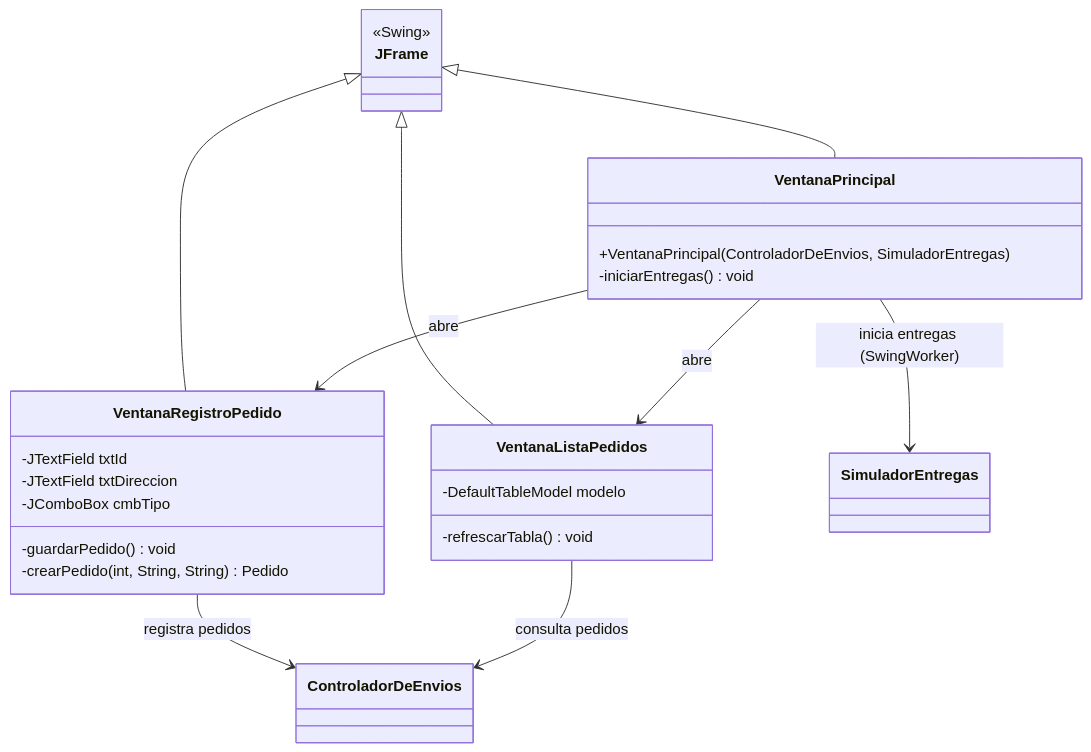
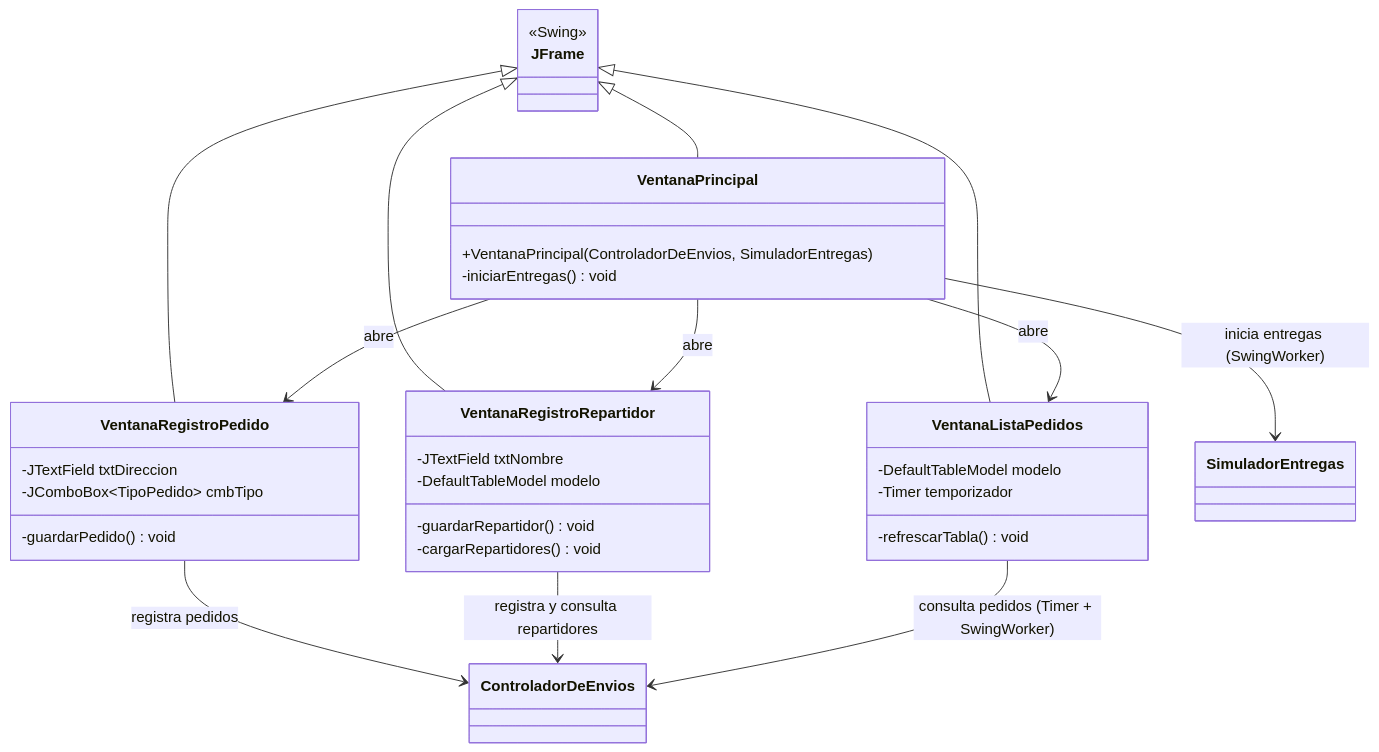
One commit to sara-rioseco/speedfast changed the second of 4 diagrams in README.md. Above: the diagram before and after it, drawn with Mermaid. The commit also changed other lines of this file and 22 other files, not shown here.

````diff
--- a/README.md
+++ b/README.md
@@ -231,30 +276,38 @@
 ```mermaid
 classDiagram
     class JFrame {
         <<Swing>>
     }
     class VentanaPrincipal {
         +VentanaPrincipal(ControladorDeEnvios, SimuladorEntregas)
         -iniciarEntregas() void
     }
     class VentanaRegistroPedido {
-        -JTextField txtId
         -JTextField txtDireccion
-        -JComboBox cmbTipo
+        -JComboBox~TipoPedido~ cmbTipo
         -guardarPedido() void
-        -crearPedido(int, String, String) Pedido
+    }
+    class VentanaRegistroRepartidor {
+        -JTextField txtNombre
+        -DefaultTableModel modelo
+        -guardarRepartidor() void
+        -cargarRepartidores() void
     }
     class VentanaListaPedidos {
         -DefaultTableModel modelo
+        -Timer temporizador
         -refrescarTabla() void
     }
 
     JFrame <|-- VentanaPrincipal
     JFrame <|-- VentanaRegistroPedido
+    JFrame <|-- VentanaRegistroRepartidor
     JFrame <|-- VentanaListaPedidos
     VentanaPrincipal --> VentanaRegistroPedido : abre
+    VentanaPrincipal --> VentanaRegistroRepartidor : abre
     VentanaPrincipal --> VentanaListaPedidos : abre
     VentanaPrincipal --> SimuladorEntregas : inicia entregas (SwingWorker)
     VentanaRegistroPedido --> ControladorDeEnvios : registra pedidos
-    VentanaListaPedidos --> ControladorDeEnvios : consulta pedidos
+    VentanaRegistroRepartidor --> ControladorDeEnvios : registra y consulta repartidores
+    VentanaListaPedidos --> ControladorDeEnvios : consulta pedidos (Timer + SwingWorker)
 ```
````
